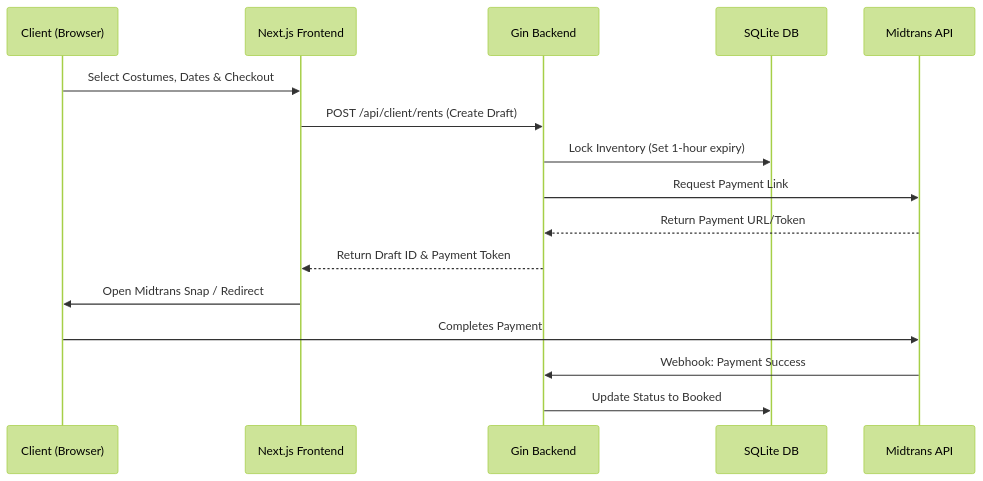
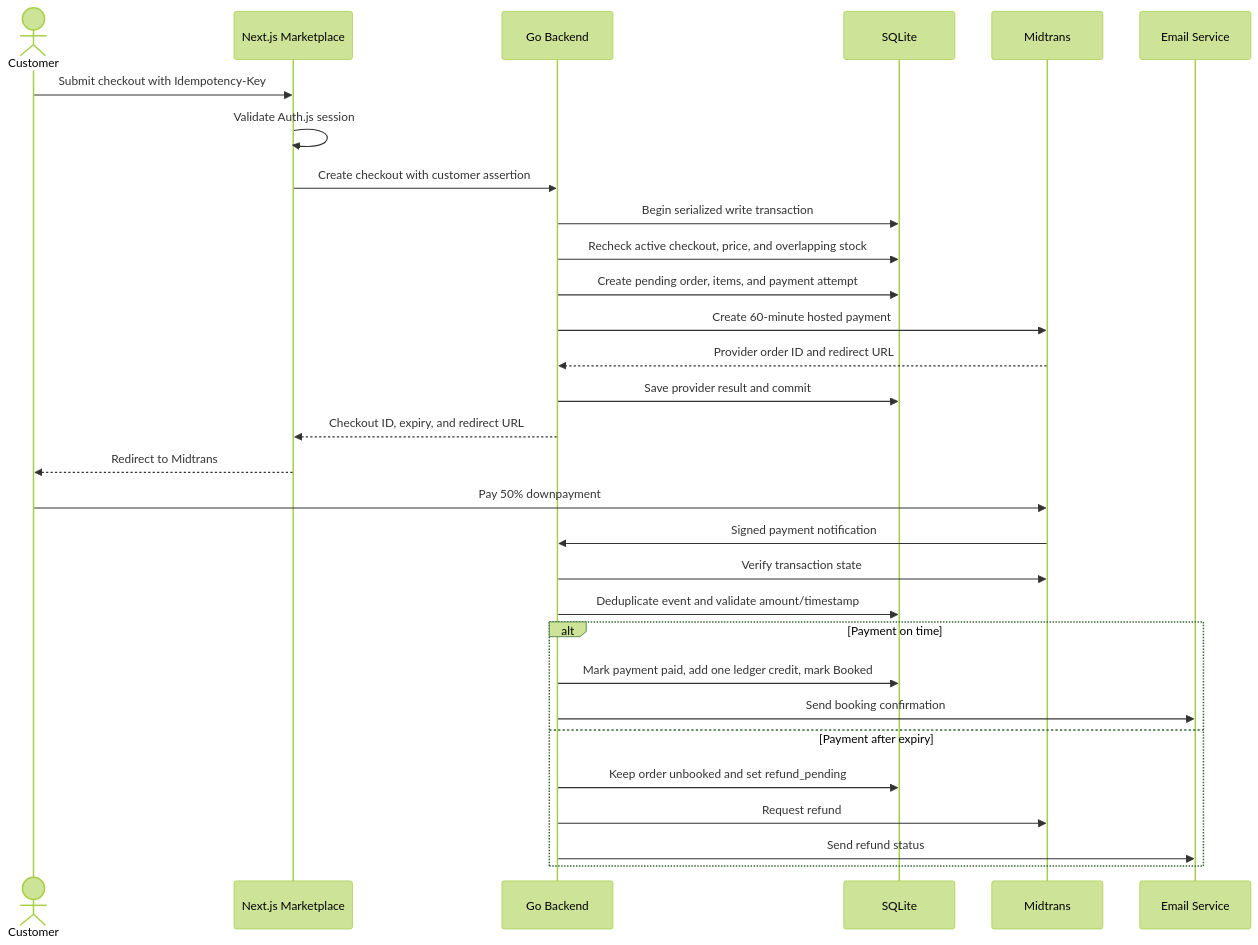
The fourth of 5 diagrams in CLIENT_PRD.md (fzuhdi/Costume-Rent), drawn with Mermaid (forest theme) before and after one commit. The commit also changed other lines of this file and 3 other files, not shown here.

Commit message:
docs: define customer marketplace experience

````diff
--- a/CLIENT_PRD.md
+++ b/CLIENT_PRD.md
@@ -42,19 +428,33 @@
 ```mermaid
 sequenceDiagram
-    participant C as Client (Browser)
-    participant F as Next.js Frontend
-    participant B as Gin Backend
-    participant DB as SQLite DB
-    participant M as Midtrans API
+    actor C as Customer
+    participant N as Next.js Marketplace
+    participant B as Go Backend
+    participant D as SQLite
+    participant M as Midtrans
+    participant E as Email Service
 
-    C->>F: Select Costumes, Dates & Checkout
-    F->>B: POST /api/client/rents (Create Draft)
-    B->>DB: Lock Inventory (Set 1-hour expiry)
-    B->>M: Request Payment Link
-    M-->>B: Return Payment URL/Token
-    B-->>F: Return Draft ID & Payment Token
-    F->>C: Open Midtrans Snap / Redirect
-    C->>M: Completes Payment
-    M->>B: Webhook: Payment Success
-    B->>DB: Update Status to Booked
+    C->>N: Submit checkout with Idempotency-Key
+    N->>N: Validate Auth.js session
+    N->>B: Create checkout with customer assertion
+    B->>D: Begin serialized write transaction
+    B->>D: Recheck active checkout, price, and overlapping stock
+    B->>D: Create pending order, items, and payment attempt
+    B->>M: Create 60-minute hosted payment
+    M-->>B: Provider order ID and redirect URL
+    B->>D: Save provider result and commit
+    B-->>N: Checkout ID, expiry, and redirect URL
+    N-->>C: Redirect to Midtrans
+    C->>M: Pay 50% downpayment
+    M->>B: Signed payment notification
+    B->>M: Verify transaction state
+    B->>D: Deduplicate event and validate amount/timestamp
+    alt Payment on time
+        B->>D: Mark payment paid, add one ledger credit, mark Booked
+        B->>E: Send booking confirmation
+    else Payment after expiry
+        B->>D: Keep order unbooked and set refund_pending
+        B->>M: Request refund
+        B->>E: Send refund status
+    end
 ```
````
